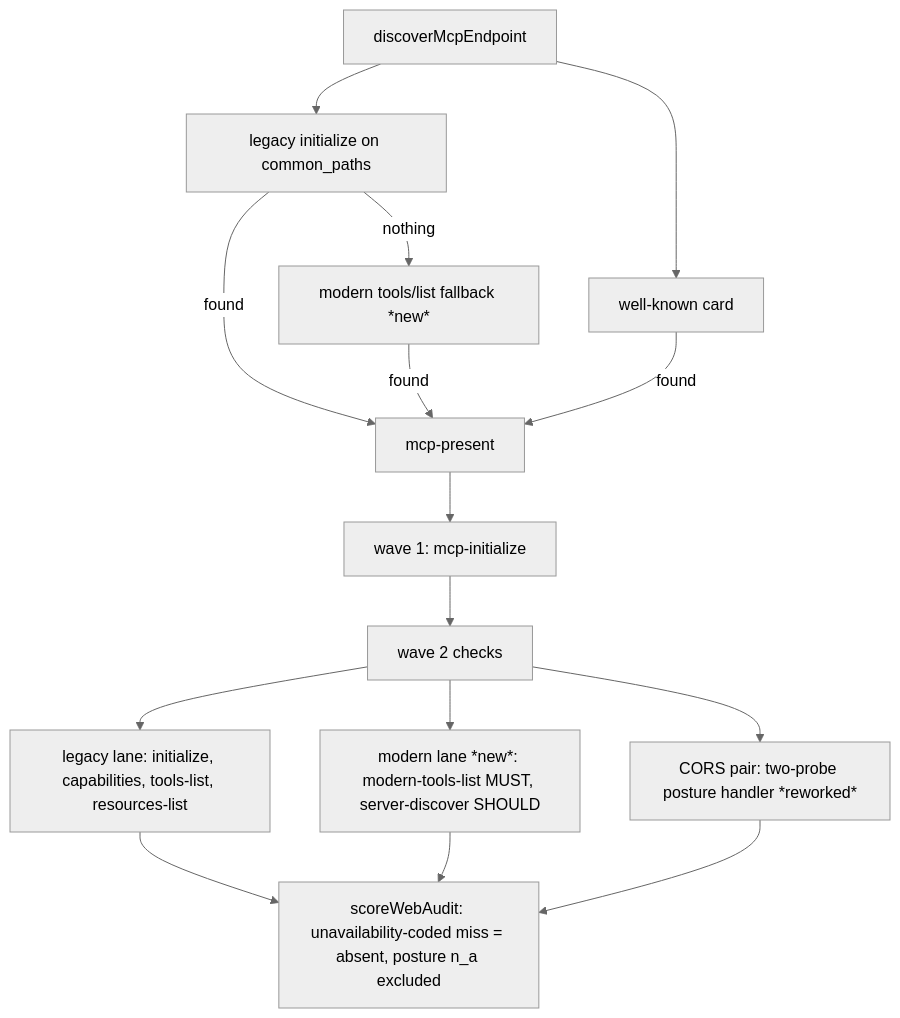
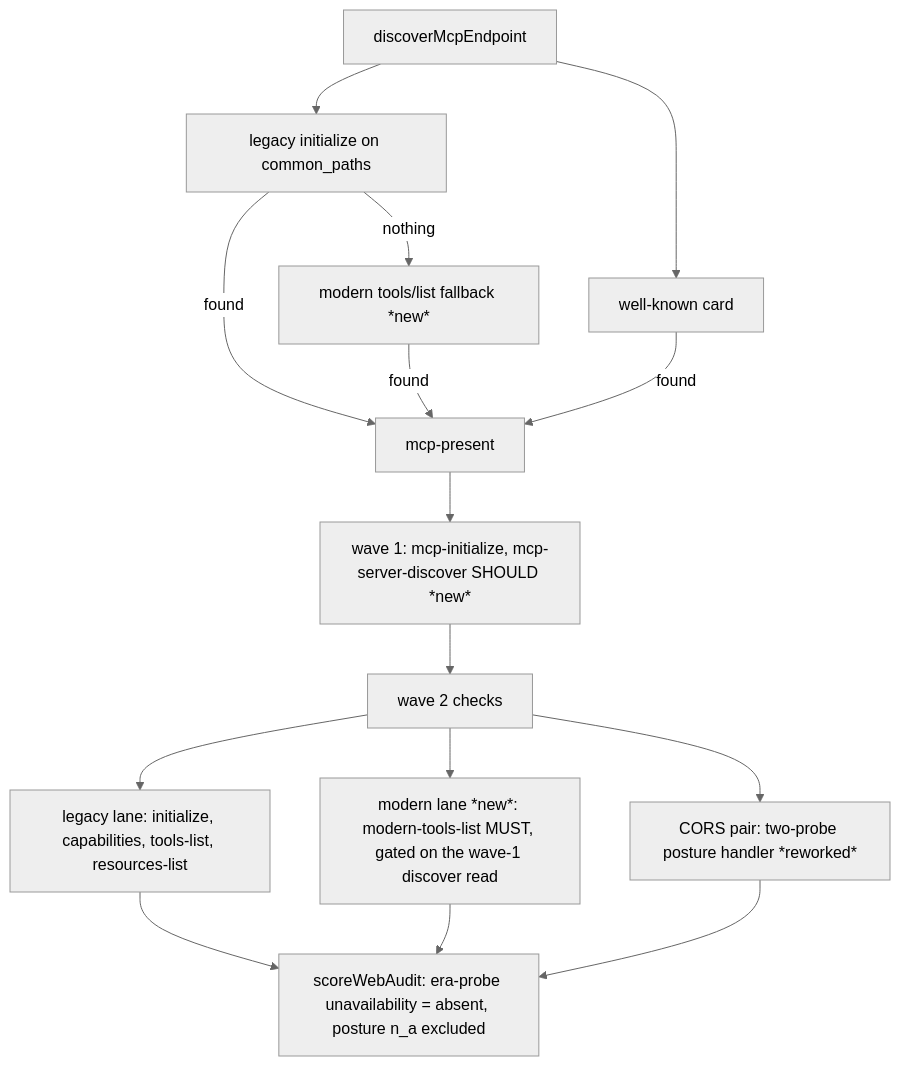
The first of 2 diagrams in docs/plans/2026-08-26-001-feat-mcp-baseline-adoption-plan.md (brettdavies/agentnative-site), drawn with Mermaid (neutral theme) before and after one commit. The commit also changed other lines of this file, not shown here.

First line of the commit message:
docs(plans): align the MCP baseline plan with the shipped audit behavior

````diff
--- a/docs/plans/2026-08-26-001-feat-mcp-baseline-adoption-plan.md
+++ b/docs/plans/2026-08-26-001-feat-mcp-baseline-adoption-plan.md
@@ -441,15 +479,15 @@
 ```mermaid
 flowchart TB
   D[discoverMcpEndpoint] --> W[well-known card]
   D --> L[legacy initialize on common_paths]
   L -->|found| P[mcp-present]
   L -->|nothing| M[modern tools/list fallback *new*]
   M -->|found| P
   W -->|found| P
-  P --> W1[wave 1: mcp-initialize]
+  P --> W1[wave 1: mcp-initialize, mcp-server-discover SHOULD *new*]
   W1 --> W2[wave 2 checks]
   W2 --> LG[legacy lane: initialize, capabilities, tools-list, resources-list]
-  W2 --> MD[modern lane *new*: modern-tools-list MUST, server-discover SHOULD]
+  W2 --> MD[modern lane *new*: modern-tools-list MUST, gated on the wave-1 discover read]
   W2 --> C[CORS pair: two-probe posture handler *reworked*]
-  LG & MD & C --> S[scoreWebAudit: unavailability-coded miss = absent, posture n_a excluded]
+  LG & MD & C --> S[scoreWebAudit: era-probe unavailability = absent, posture n_a excluded]
 ```
````
